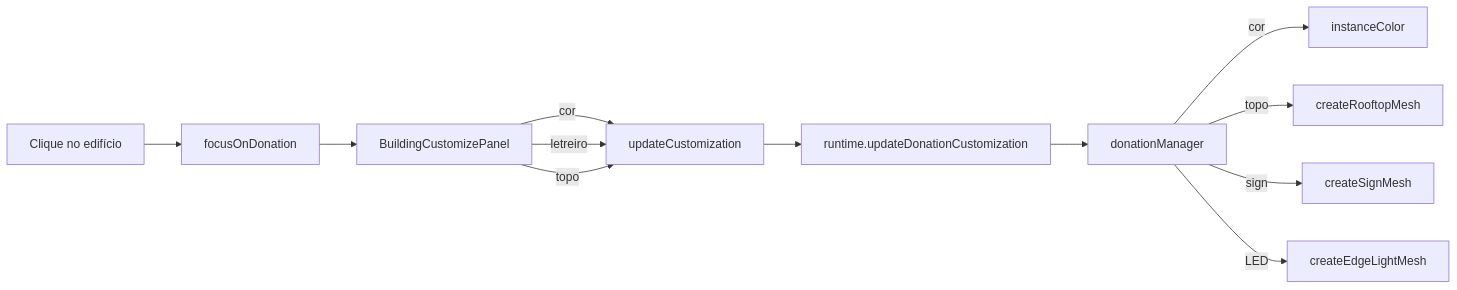
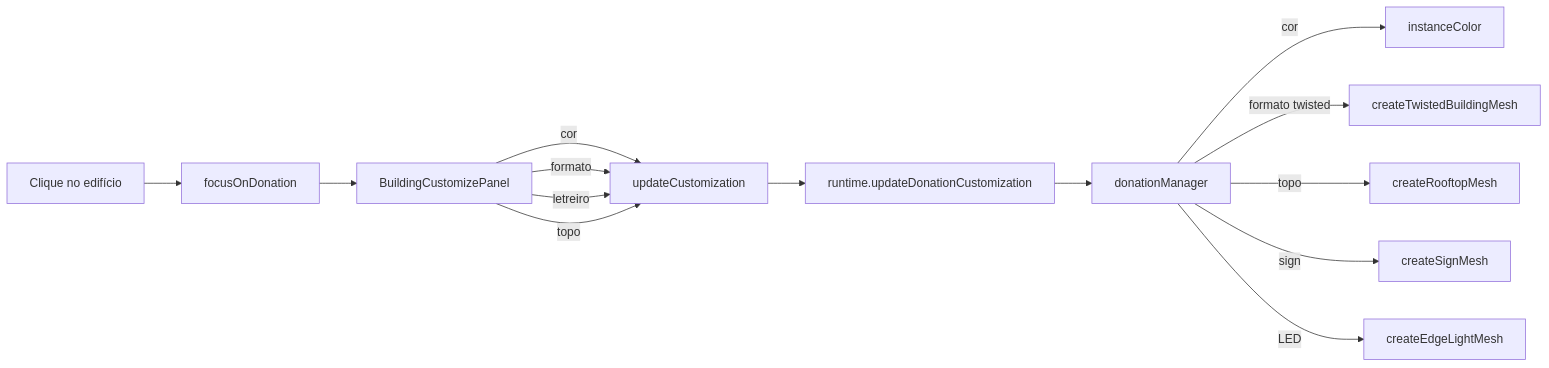
One commit to RaeII/pixcity changed the second of 2 diagrams in doc-pixcity/index.md. Above: the diagram before and after it, drawn with Mermaid. The commit also changed other lines of this file and 13 other files, not shown here.

````diff
--- a/doc-pixcity/index.md
+++ b/doc-pixcity/index.md
@@ -181,14 +183,16 @@
 ```mermaid
 flowchart LR
     Click[Clique no edifício] --> Focus[focusOnDonation]
     Focus --> Panel[BuildingCustomizePanel]
     Panel --> |cor| UC[updateCustomization]
+    Panel --> |formato| UC
     Panel --> |letreiro| UC
     Panel --> |topo| UC
     UC --> Runtime[runtime.updateDonationCustomization]
     Runtime --> DM[donationManager]
     DM --> |cor| IC[instanceColor]
+    DM --> |formato twisted| TW[createTwistedBuildingMesh]
     DM --> |topo| RM[createRooftopMesh]
     DM --> |sign| SM[createSignMesh]
     DM --> |LED| EL[createEdgeLightMesh]
 ```
````
